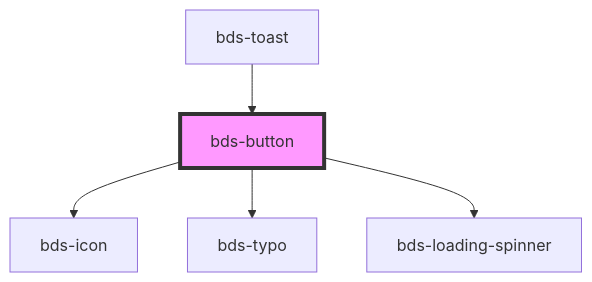
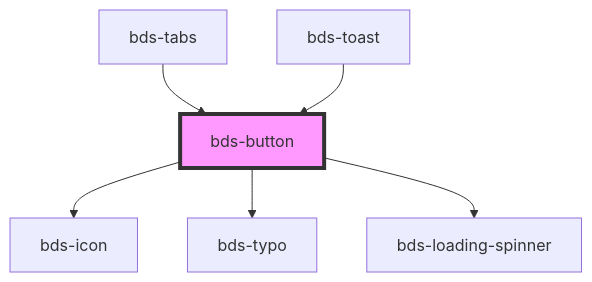
One commit to takenet/blip-ds changed the diagram in src/components/button/readme.md. Above: the diagram before and after it, drawn with Mermaid. The commit also changed other lines of this file and 6 other files, not shown here.

````diff
--- a/src/components/button/readme.md
+++ b/src/components/button/readme.md
@@ -43,8 +44,9 @@
 ```mermaid
 graph TD;
   bds-button --> bds-icon
   bds-button --> bds-typo
   bds-button --> bds-loading-spinner
+  bds-tabs --> bds-button
   bds-toast --> bds-button
   style bds-button fill:#f9f,stroke:#333,stroke-width:4px
 ```
````
